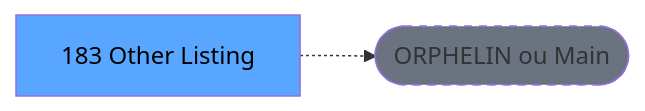
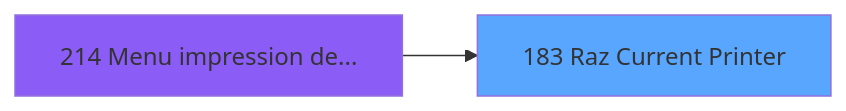
One commit to thonyAGP/magic-migration changed the second of 3 diagrams in .openspec/specs/ADH-IDE-183.md. Above: the diagram before and after it, drawn with Mermaid. The commit also changed other lines of this file and 311 other files, not shown here.

````diff
--- a/.openspec/specs/ADH-IDE-183.md
+++ b/.openspec/specs/ADH-IDE-183.md
@@ -121,8 +109,8 @@
 ```mermaid
 graph LR
-    T[183 Other Listing]
-    ORPHAN([ORPHELIN ou Main])
-    T -.-> ORPHAN
-    style T fill:#58a6ff,color:#000
-    style ORPHAN fill:#6b7280,stroke-dasharray: 5 5
+    T183[183 Raz Current Printer]
+    style T183 fill:#58a6ff
+    CC214[214 Menu impression de...]
+    style CC214 fill:#8b5cf6
+    CC214 --> T183
 ```
````
